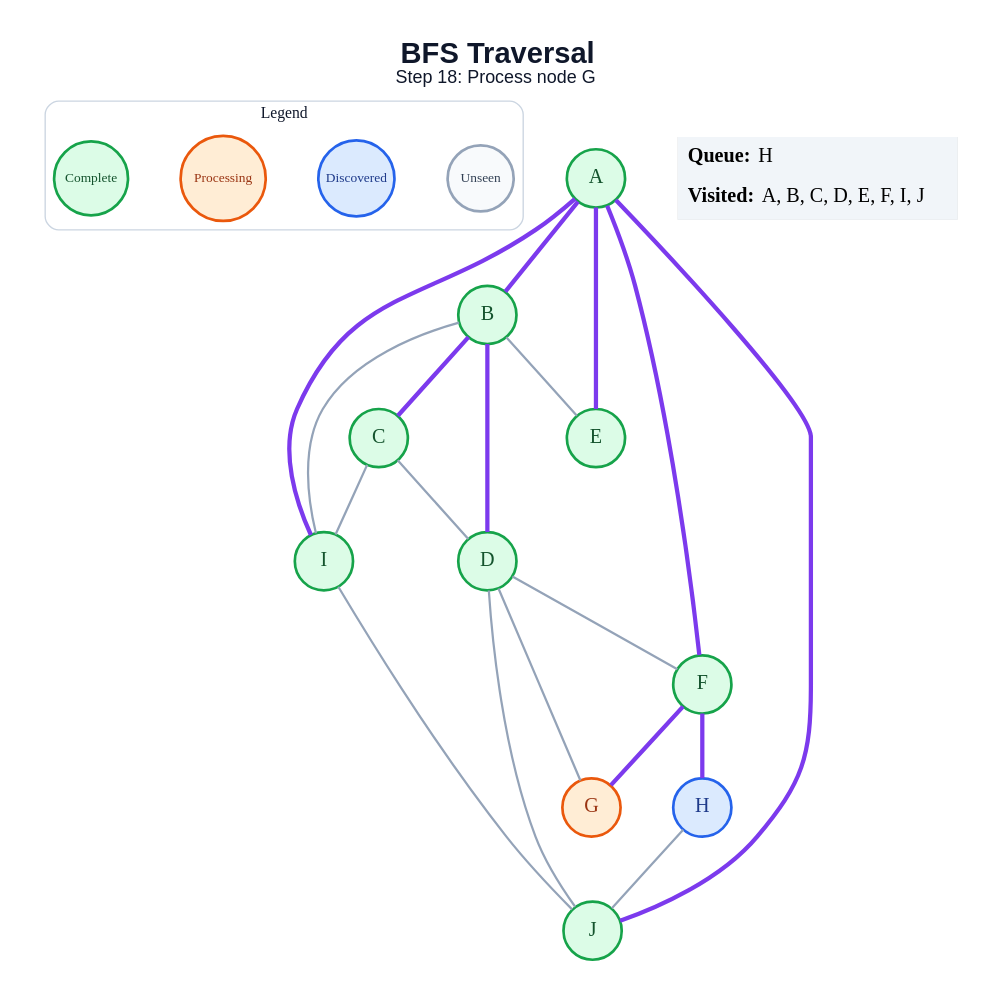
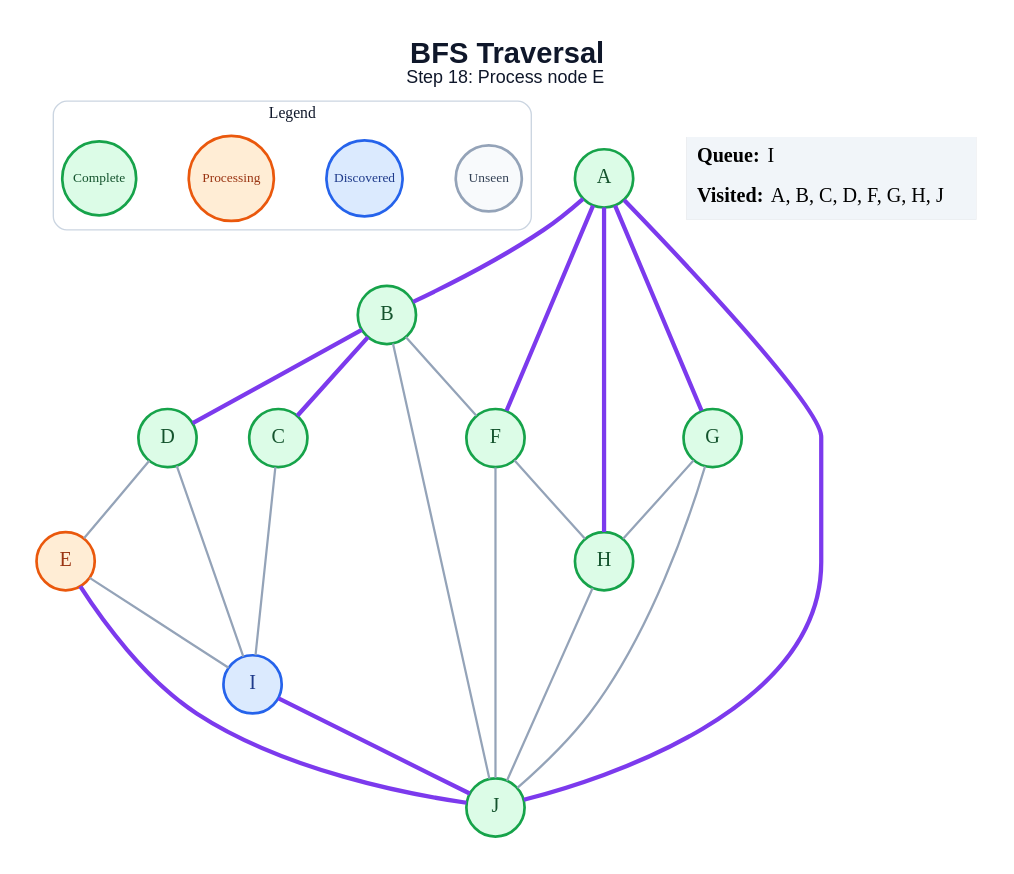
One commit to anon7238593-create/ai-slop changed the diagram in generated/bfs/step_18.dot. Above: the diagram before and after it, drawn with Graphviz. The commit also changed 178 other files, not shown here.

```diff
--- a/generated/bfs/step_18.dot
+++ b/generated/bfs/step_18.dot
@@ -1,47 +1,49 @@
 graph traversal {
   graph [layout=dot, rankdir=TB, bgcolor="#FFFFFF", pad="0.35", nodesep="0.65", ranksep="0.8", fontname="Arial"];
   node [shape=circle, style="filled", fontname="Arial Bold", fontsize=18, width=0.72, fixedsize=true, penwidth=2.4];
   edge [color="#94A3B8", penwidth=2.0];
-  label=<<B>BFS Traversal</B><BR/><FONT POINT-SIZE="16">Step 18: Process node G</FONT>>; labelloc="t"; fontsize=26; fontname="Arial"; fontcolor="#0F172A";
+  label=<<B>BFS Traversal</B><BR/><FONT POINT-SIZE="16">Step 18: Process node E</FONT>>; labelloc="t"; fontsize=26; fontname="Arial"; fontcolor="#0F172A";
   subgraph cluster_legend { label="Legend"; color="#CBD5E1"; penwidth=1.2; style="rounded"; fontsize=14; fontname="Arial Bold";
     key_unseen [label="Unseen", fillcolor="#F8FAFC", color="#94A3B8", fontcolor="#334155", fontsize=12, width=0.82];
     key_frontier [label="Discovered", fillcolor="#DBEAFE", color="#2563EB", fontcolor="#1E3A8A", fontsize=12, width=0.95];
     key_current [label="Processing", fillcolor="#FFEDD5", color="#EA580C", fontcolor="#9A3412", fontsize=12, width=1.05];
     key_done [label="Complete", fillcolor="#DCFCE7", color="#16A34A", fontcolor="#14532D", fontsize=12, width=0.92];
     { rank=same; key_unseen; key_frontier; key_current; key_done; }
   }
   A [fillcolor="#DCFCE7", color="#16A34A", fontcolor="#14532D"];
   B [fillcolor="#DCFCE7", color="#16A34A", fontcolor="#14532D"];
   C [fillcolor="#DCFCE7", color="#16A34A", fontcolor="#14532D"];
   D [fillcolor="#DCFCE7", color="#16A34A", fontcolor="#14532D"];
-  E [fillcolor="#DCFCE7", color="#16A34A", fontcolor="#14532D"];
+  E [fillcolor="#FFEDD5", color="#EA580C", fontcolor="#9A3412"];
   F [fillcolor="#DCFCE7", color="#16A34A", fontcolor="#14532D"];
-  G [fillcolor="#FFEDD5", color="#EA580C", fontcolor="#9A3412"];
-  H [fillcolor="#DBEAFE", color="#2563EB", fontcolor="#1E3A8A"];
-  I [fillcolor="#DCFCE7", color="#16A34A", fontcolor="#14532D"];
+  G [fillcolor="#DCFCE7", color="#16A34A", fontcolor="#14532D"];
+  H [fillcolor="#DCFCE7", color="#16A34A", fontcolor="#14532D"];
+  I [fillcolor="#DBEAFE", color="#2563EB", fontcolor="#1E3A8A"];
   J [fillcolor="#DCFCE7", color="#16A34A", fontcolor="#14532D"];
   A -- B [color="#7C3AED", penwidth=3.8];
-  A -- E [color="#7C3AED", penwidth=3.8];
   A -- F [color="#7C3AED", penwidth=3.8];
-  A -- I [color="#7C3AED", penwidth=3.8];
+  A -- G [color="#7C3AED", penwidth=3.8];
+  A -- H [color="#7C3AED", penwidth=3.8];
   A -- J [color="#7C3AED", penwidth=3.8];
   B -- C [color="#7C3AED", penwidth=3.8];
   B -- D [color="#7C3AED", penwidth=3.8];
-  B -- E;
-  B -- I;
-  C -- D;
+  B -- F;
+  B -- J;
   C -- I;
-  D -- F;
-  D -- G;
-  D -- J;
-  F -- G [color="#7C3AED", penwidth=3.8];
-  F -- H [color="#7C3AED", penwidth=3.8];
+  D -- E;
+  D -- I;
+  E -- I;
+  E -- J [color="#7C3AED", penwidth=3.8];
+  F -- H;
+  F -- J;
+  G -- H;
+  G -- J;
   H -- J;
-  I -- J;
+  I -- J [color="#7C3AED", penwidth=3.8];
   status [shape=plain, fixedsize=false, width=0, height=0, margin=0, label=<
     <TABLE BORDER="0" CELLBORDER="0" CELLPADDING="7" BGCOLOR="#F1F5F9">
-      <TR><TD ALIGN="LEFT"><B>Queue:</B> H</TD></TR>
-      <TR><TD ALIGN="LEFT"><B>Visited:</B> A, B, C, D, E, F, I, J</TD></TR>
+      <TR><TD ALIGN="LEFT"><B>Queue:</B> I</TD></TR>
+      <TR><TD ALIGN="LEFT"><B>Visited:</B> A, B, C, D, F, G, H, J</TD></TR>
     </TABLE>
   >];
 }
```
